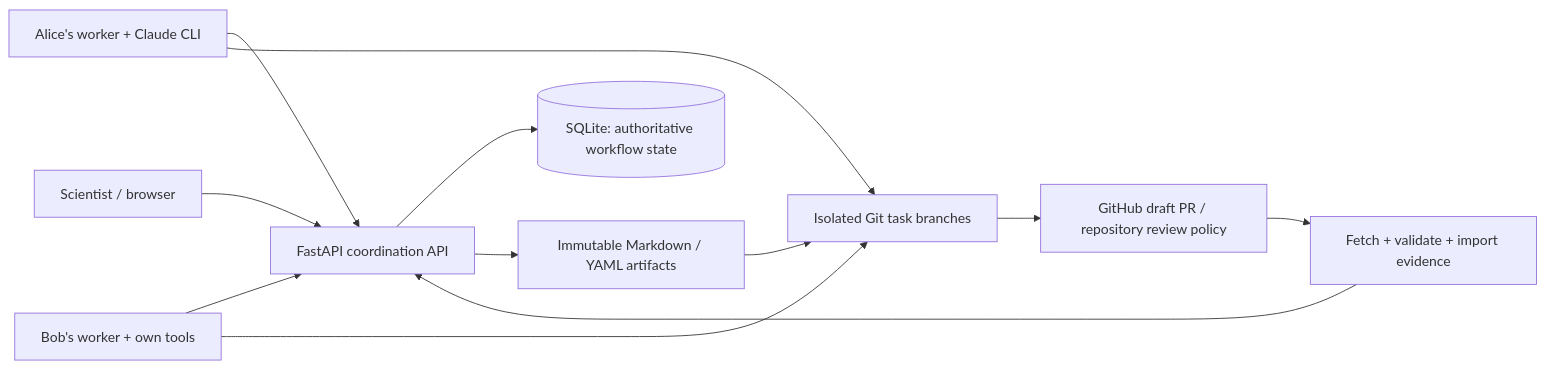
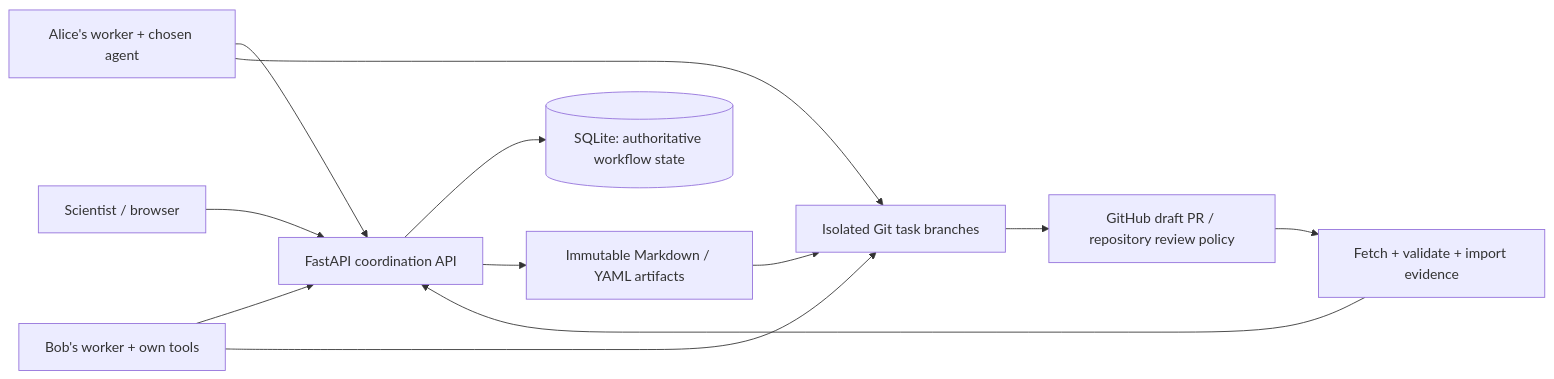
One commit to midatm1234/ResearchRelay changed the first of 2 diagrams in README.md. Above: the diagram before and after it, drawn with Mermaid. The commit also changed other lines of this file and 137 other files, not shown here.

````diff
--- a/README.md
+++ b/README.md
@@ -256,14 +268,14 @@
 ```mermaid
 flowchart LR
     H[Scientist / browser] --> API[FastAPI coordination API]
-    W1[Alice's worker + Claude CLI] --> API
+    W1[Alice's worker + chosen agent] --> API
     W2[Bob's worker + own tools] --> API
     API --> DB[(SQLite: authoritative workflow state)]
     API --> A[Immutable Markdown / YAML artifacts]
     W1 --> G[Isolated Git task branches]
     W2 --> G
     A --> G
     G --> PR[GitHub draft PR / repository review policy]
     PR --> I[Fetch + validate + import evidence]
     I --> API
 ```
````
